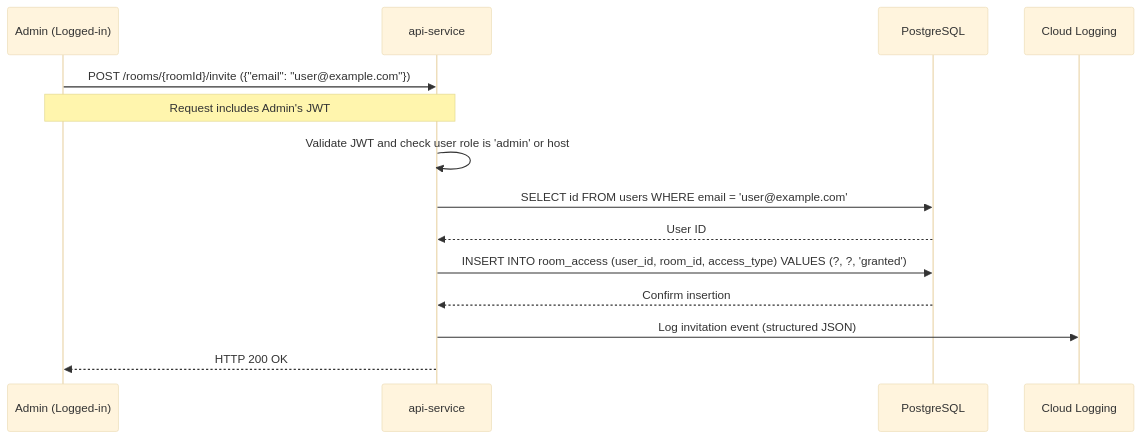
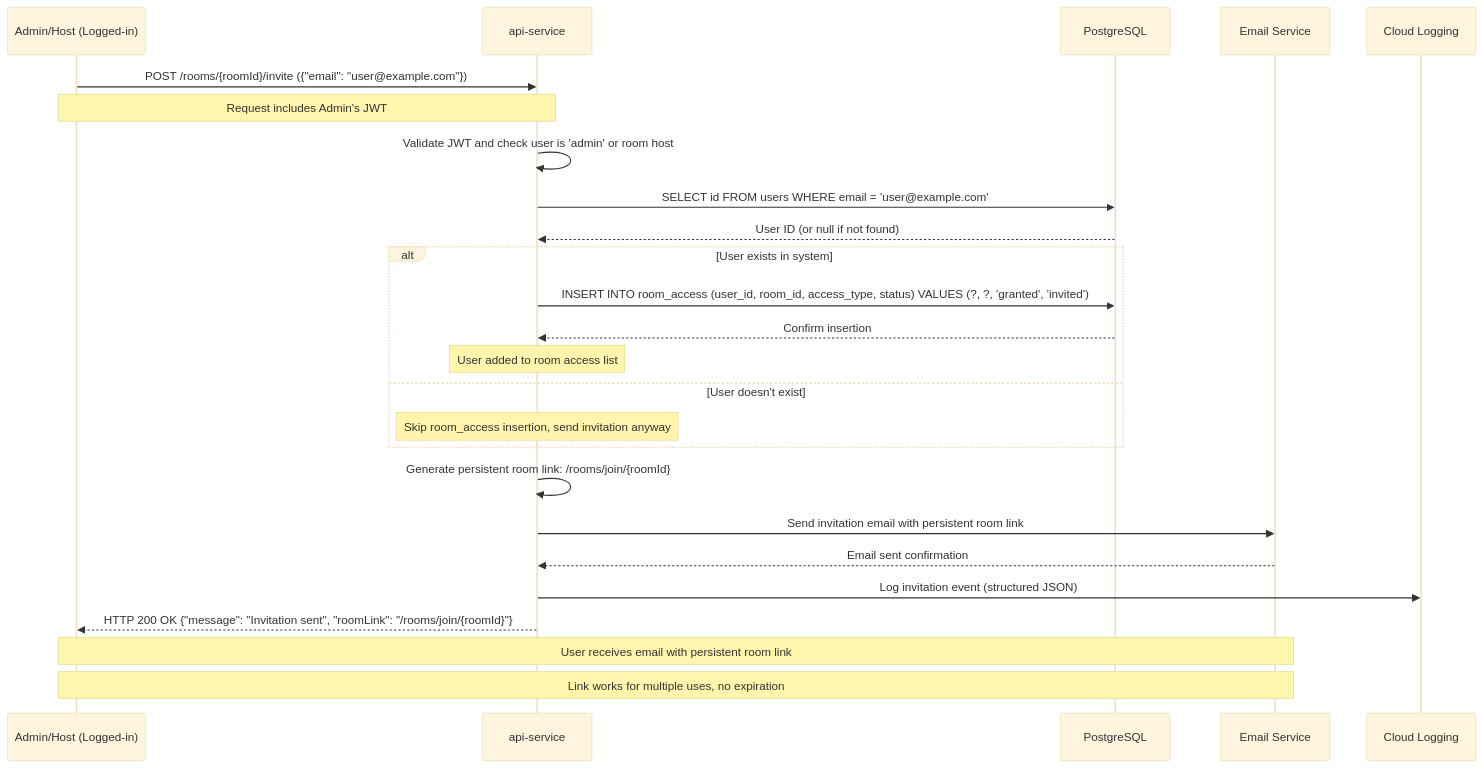
Before and after one commit to c3llus/watch-party: the diagram in docs/sequence-diagram/3-admin-to-user-party-invitation.mermaid, drawn with Mermaid (base theme). The commit also changed 12 other files, not shown here.

Commit message:
chore(backend): improve user's watch party room experience using a persistent one time approval system

```diff
--- a/docs/sequence-diagram/3-admin-to-user-party-invitation.mermaid
+++ b/docs/sequence-diagram/3-admin-to-user-party-invitation.mermaid
@@ -1,15 +1,31 @@
 sequenceDiagram
-    participant Admin as Admin (Logged-in)
+    participant Admin as Admin/Host (Logged-in)
     participant API as api-service
     participant DB as PostgreSQL
+    participant Email as Email Service
     participant Log as Cloud Logging
 
     Admin->>API: POST /rooms/{roomId}/invite ({"email": "user@example.com"})
     Note over Admin, API: Request includes Admin's JWT
-    API->>API: Validate JWT and check user role is 'admin' or host
+    API->>API: Validate JWT and check user is 'admin' or room host
+    
     API->>DB: SELECT id FROM users WHERE email = 'user@example.com'
-    DB-->>API: User ID
-    API->>DB: INSERT INTO room_access (user_id, room_id, access_type) VALUES (?, ?, 'granted')
-    DB-->>API: Confirm insertion
+    DB-->>API: User ID (or null if not found)
+    
+    alt User exists in system
+        API->>DB: INSERT INTO room_access (user_id, room_id, access_type, status) VALUES (?, ?, 'granted', 'invited')
+        DB-->>API: Confirm insertion
+        Note over API: User added to room access list
+    else User doesn't exist
+        Note over API: Skip room_access insertion, send invitation anyway
+    end
+    
+    API->>API: Generate persistent room link: /rooms/join/{roomId}
+    API->>Email: Send invitation email with persistent room link
+    Email-->>API: Email sent confirmation
+    
     API->>Log: Log invitation event (structured JSON)
-    API-->>Admin: HTTP 200 OK
+    API-->>Admin: HTTP 200 OK {"message": "Invitation sent", "roomLink": "/rooms/join/{roomId}"}
+    
+    Note over Admin, Email: User receives email with persistent room link
+    Note over Admin, Email: Link works for multiple uses, no expiration
```
